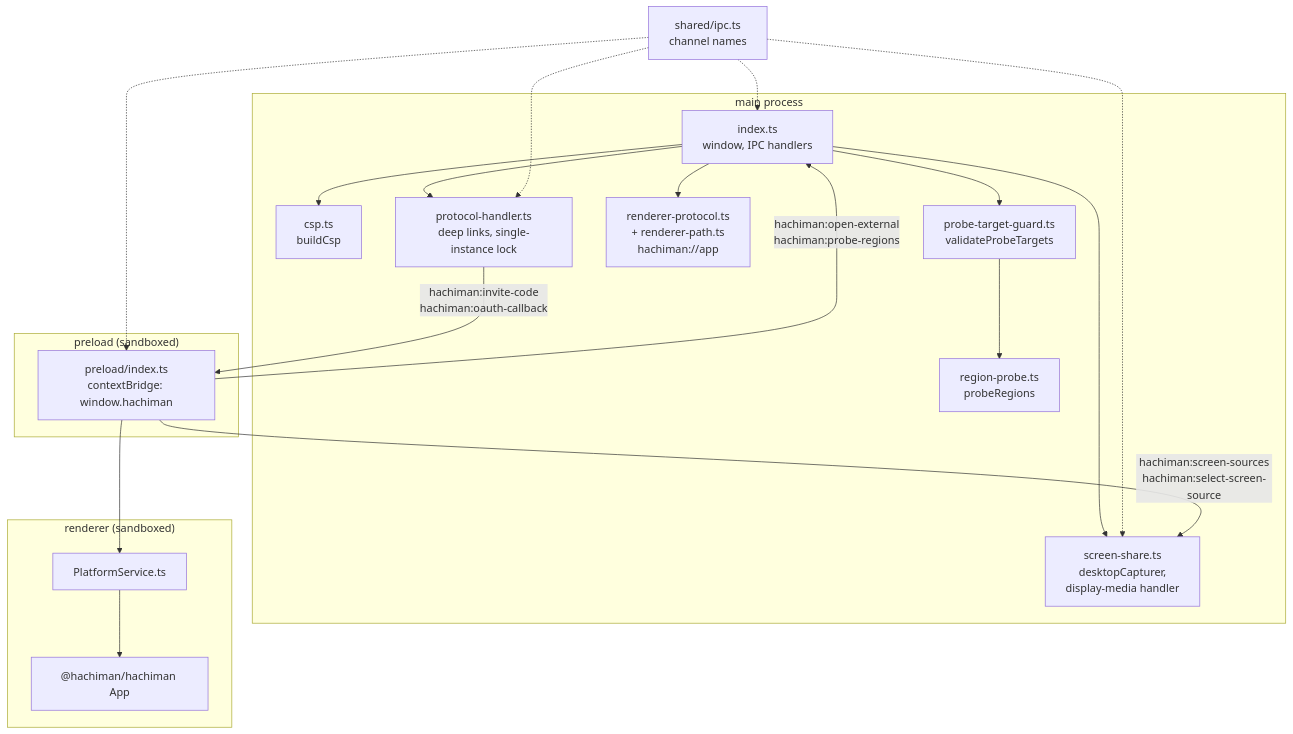
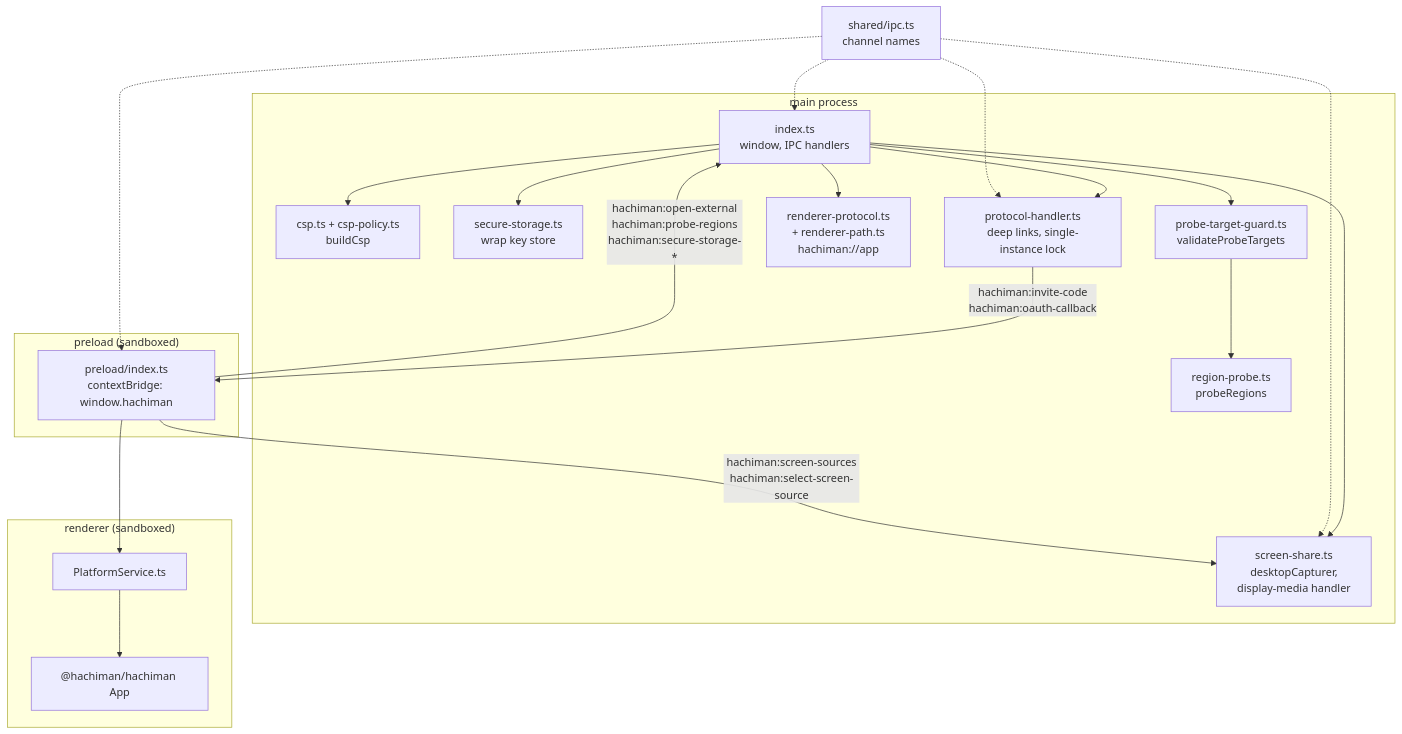
The second of 4 diagrams in apps/hachiman-electron/README.md (dan-hummelstad/hachiman), drawn with Mermaid before and after one commit. The commit also changed other lines of this file and 339 other files, not shown here.

````diff
--- a/apps/hachiman-electron/README.md
+++ b/apps/hachiman-electron/README.md
@@ -48,38 +48,40 @@
 ```mermaid
 flowchart TB
   subgraph Main["main process"]
     IDX["index.ts<br/>window, IPC handlers"]
-    CSP["csp.ts<br/>buildCsp"]
+    CSP["csp.ts + csp-policy.ts<br/>buildCsp"]
+    KS["secure-storage.ts<br/>wrap key store"]
     PROT["protocol-handler.ts<br/>deep links, single-instance lock"]
     RP["renderer-protocol.ts<br/>+ renderer-path.ts<br/>hachiman://app"]
     GUARD["probe-target-guard.ts<br/>validateProbeTargets"]
     PROBE["region-probe.ts<br/>probeRegions"]
     SS["screen-share.ts<br/>desktopCapturer,<br/>display-media handler"]
   end
 
   subgraph Preload["preload (sandboxed)"]
     BR["preload/index.ts<br/>contextBridge: window.hachiman"]
   end
 
   subgraph Renderer["renderer (sandboxed)"]
     PSV["PlatformService.ts"]
     UI["@hachiman/hachiman App"]
   end
 
   IPC["shared/ipc.ts<br/>channel names"]
 
   IDX --> CSP
+  IDX --> KS
   IDX --> PROT
   IDX --> RP
   IDX --> GUARD --> PROBE
   IDX --> SS
   IPC -.-> IDX
   IPC -.-> PROT
   IPC -.-> SS
   IPC -.-> BR
 
   PROT -- "hachiman:invite-code<br/>hachiman:oauth-callback" --> BR
-  BR -- "hachiman:open-external<br/>hachiman:probe-regions" --> IDX
+  BR -- "hachiman:open-external<br/>hachiman:probe-regions<br/>hachiman:secure-storage-*" --> IDX
   BR -- "hachiman:screen-sources<br/>hachiman:select-screen-source" --> SS
   BR --> PSV --> UI
 ```
````
